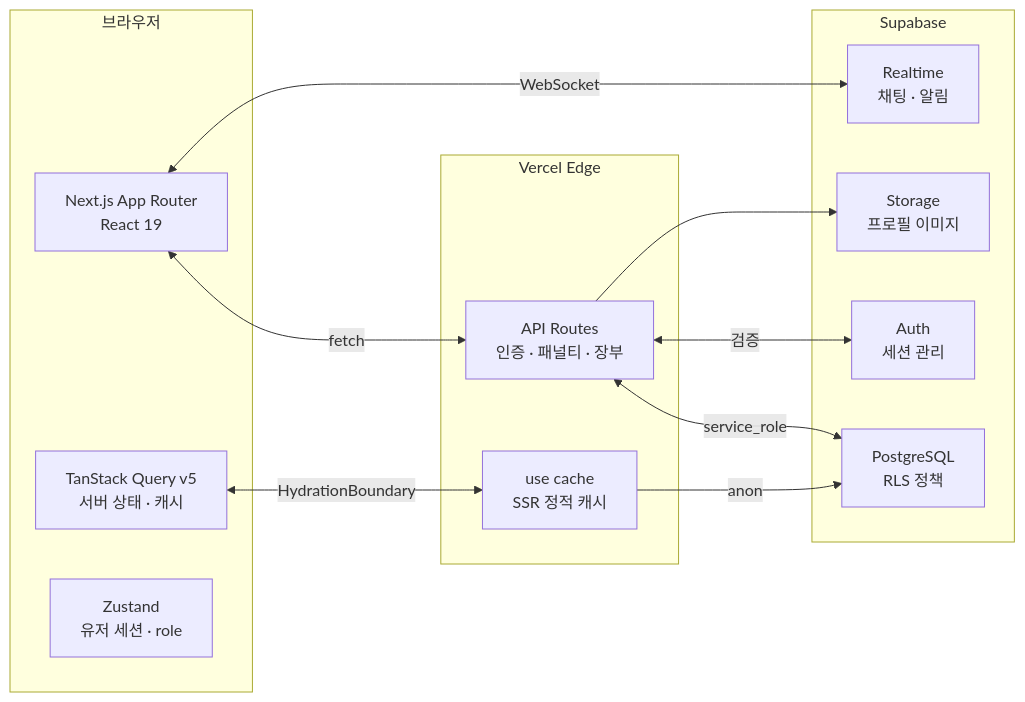
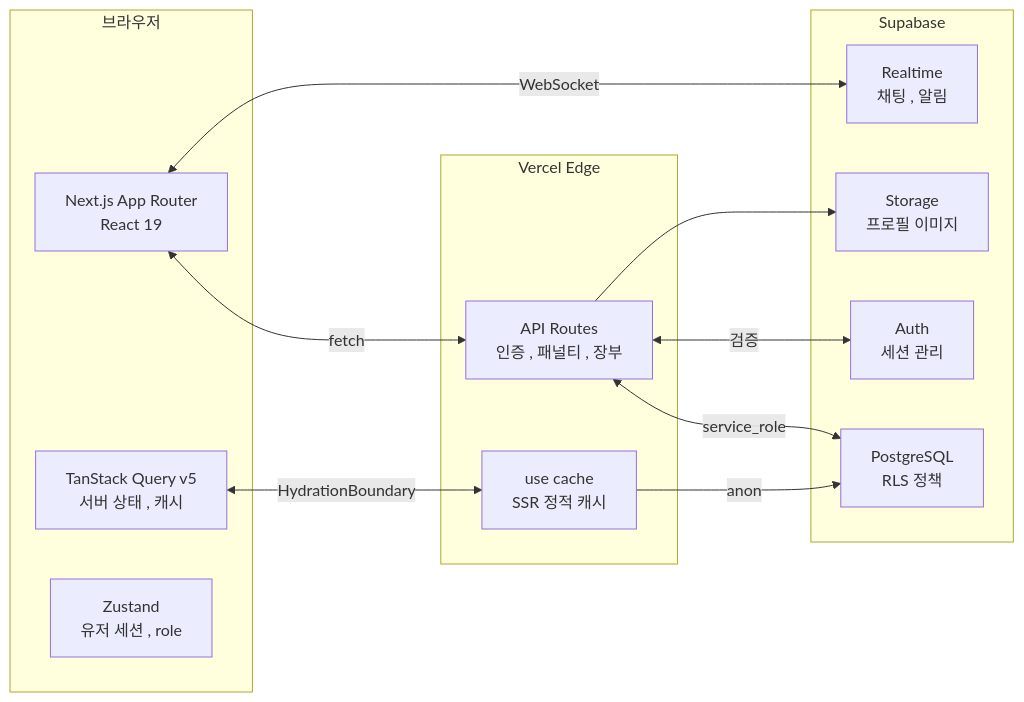
The second of 4 diagrams in README.md (smj123432-lab/diggo), drawn with Mermaid before and after one commit. The commit also changed other lines of this file, not shown here.

````diff
--- a/README.md
+++ b/README.md
@@ -63,28 +73,28 @@
 ```mermaid
 graph LR
     subgraph Browser["브라우저"]
         UI["Next.js App Router\nReact 19"]
-        TQ["TanStack Query v5\n서버 상태 · 캐시"]
-        ZU["Zustand\n유저 세션 · role"]
+        TQ["TanStack Query v5\n서버 상태 , 캐시"]
+        ZU["Zustand\n유저 세션 , role"]
     end
 
     subgraph Vercel["Vercel Edge"]
-        API["API Routes\n인증 · 패널티 · 장부"]
+        API["API Routes\n인증 , 패널티 , 장부"]
         CACHE["use cache\nSSR 정적 캐시"]
     end
 
     subgraph SupabaseBlock["Supabase"]
         DB["PostgreSQL\nRLS 정책"]
         AUTH["Auth\n세션 관리"]
-        RT["Realtime\n채팅 · 알림"]
+        RT["Realtime\n채팅 , 알림"]
         STOR["Storage\n프로필 이미지"]
     end
 
     UI <-->|fetch| API
     UI <-->|WebSocket| RT
     TQ <-->|HydrationBoundary| CACHE
     API <-->|service_role| DB
     API <-->|검증| AUTH
     CACHE -->|anon| DB
     API --> STOR
 ```
````
